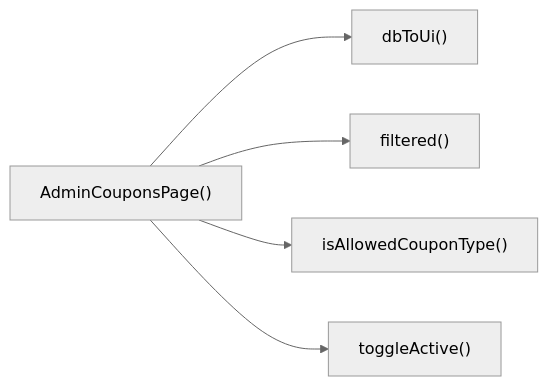
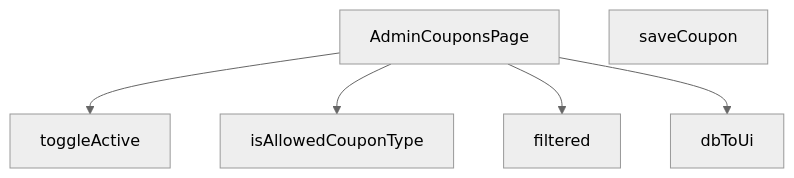
The diagram in src/views/admin/AdminCouponsPage.md (peckop/venthub-hvac-esite), drawn with Mermaid (neutral theme) before and after one commit. The commit also changed other lines of this file and 56 other files, not shown here.

````diff
--- a/src/views/admin/AdminCouponsPage.md
+++ b/src/views/admin/AdminCouponsPage.md
@@ -262,7 +242,13 @@
 ```mermaid
-graph LR
-    AdminCouponsPage["AdminCouponsPage()"] --> dbToUi["dbToUi()"]
-    AdminCouponsPage["AdminCouponsPage()"] --> filtered["filtered()"]
-    AdminCouponsPage["AdminCouponsPage()"] --> isAllowedCouponType["isAllowedCouponType()"]
-    AdminCouponsPage["AdminCouponsPage()"] --> toggleActive["toggleActive()"]
+graph TD
+    AdminCouponsPage_tsx__AdminCouponsPage["AdminCouponsPage"]
+    AdminCouponsPage_tsx__dbToUi["dbToUi"]
+    AdminCouponsPage_tsx__filtered["filtered"]
+    AdminCouponsPage_tsx__isAllowedCouponType["isAllowedCouponType"]
+    AdminCouponsPage_tsx__saveCoupon["saveCoupon"]
+    AdminCouponsPage_tsx__toggleActive["toggleActive"]
+    AdminCouponsPage_tsx__AdminCouponsPage --> AdminCouponsPage_tsx__toggleActive
+    AdminCouponsPage_tsx__AdminCouponsPage --> AdminCouponsPage_tsx__isAllowedCouponType
+    AdminCouponsPage_tsx__AdminCouponsPage --> AdminCouponsPage_tsx__filtered
+    AdminCouponsPage_tsx__AdminCouponsPage --> AdminCouponsPage_tsx__dbToUi
 ```
````
